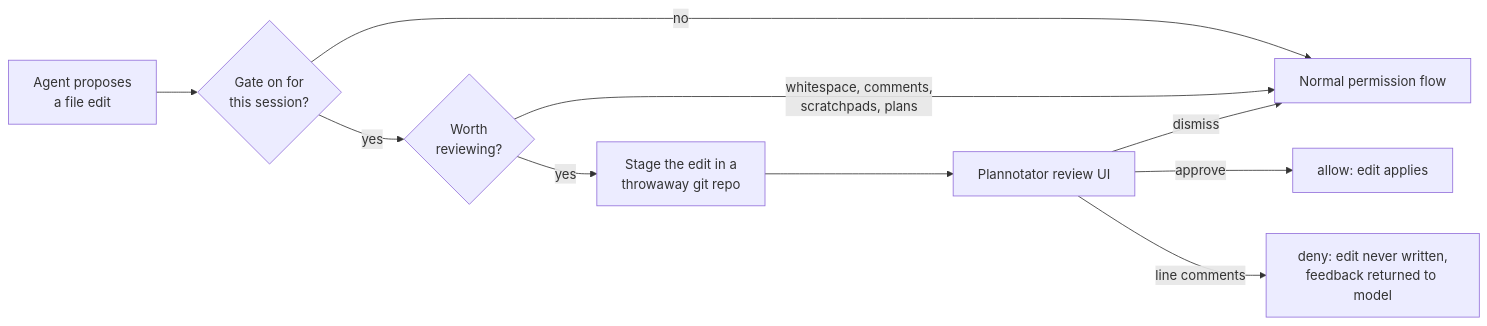
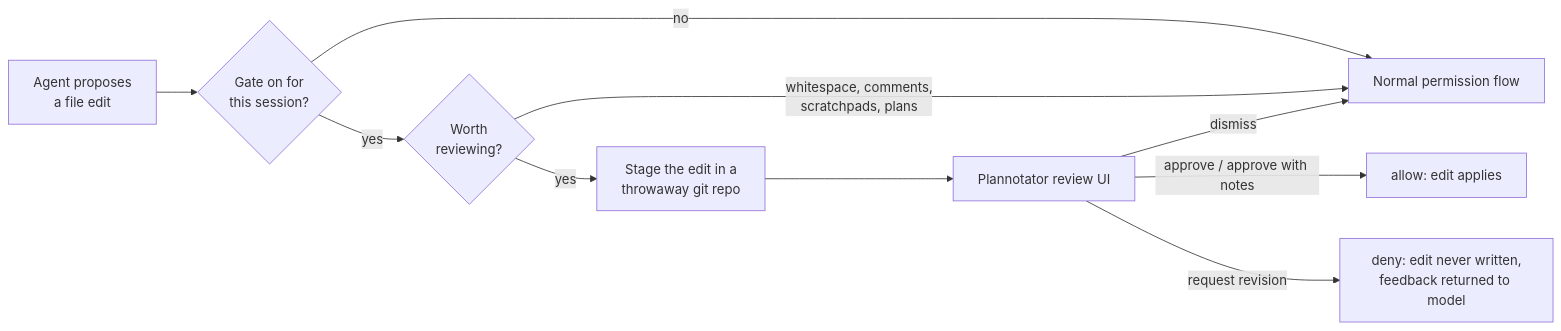
Before and after one commit to TheOutdoorProgrammer/plannotator-review-gate: the diagram in README.md, drawn with Mermaid. The commit also changed other lines of this file and 6 other files, not shown here.

Commit message:
fix: allow approved reviews with notes

````diff
--- a/README.md
+++ b/README.md
@@ -15,12 +16,12 @@
 ```mermaid
 flowchart LR
     A[Agent proposes<br/>a file edit] --> B{Gate on for<br/>this session?}
     B -->|no| Z[Normal permission flow]
     B -->|yes| C{Worth<br/>reviewing?}
     C -->|"whitespace, comments,<br/>scratchpads, plans"| Z
     C -->|yes| D[Stage the edit in a<br/>throwaway git repo]
     D --> E[Plannotator review UI]
-    E -->|approve| F[allow: edit applies]
-    E -->|line comments| G[deny: edit never written,<br/>feedback returned to model]
+    E -->|approve / approve with notes| F[allow: edit applies]
+    E -->|request revision| G[deny: edit never written,<br/>feedback returned to model]
     E -->|dismiss| Z
 ```
````
